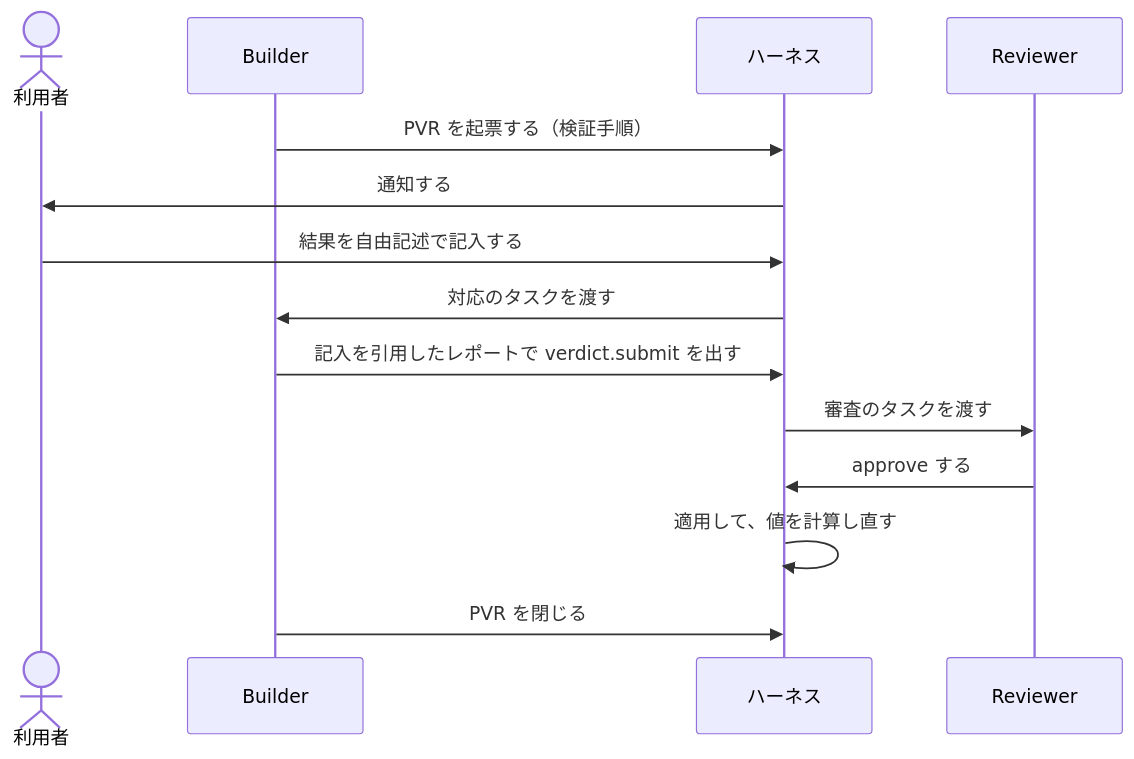
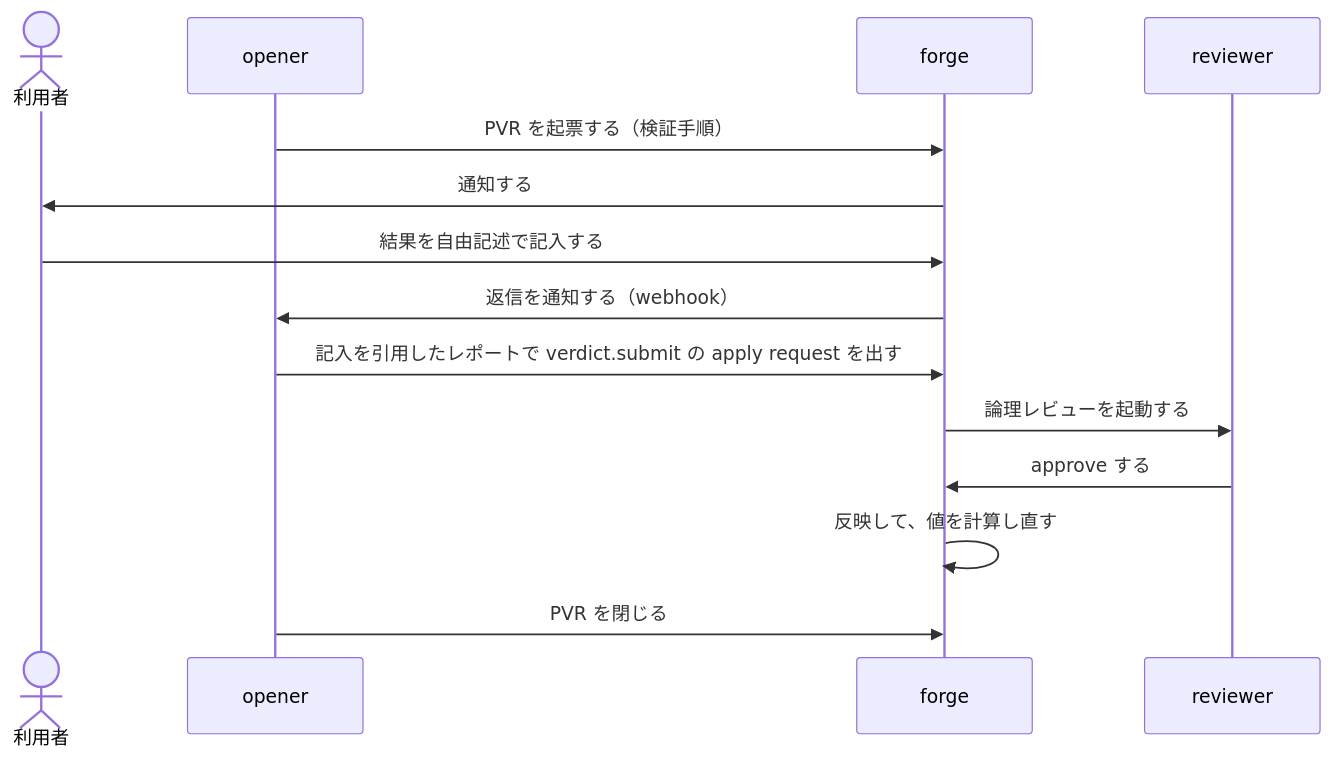
One commit to yamambainc/logiforge changed the diagram in docs/threads/README.md. Above: the diagram before and after it, drawn with Mermaid. The commit also changed other lines of this file and 27 other files, not shown here.

````diff
--- a/docs/threads/README.md
+++ b/docs/threads/README.md
@@ -45,16 +45,16 @@
 ```mermaid
 sequenceDiagram
   actor U as 利用者
-  participant B as Builder
-  participant H as ハーネス
-  participant R as Reviewer
-  B->>H: PVR を起票する（検証手順）
+  participant O as opener
+  participant H as forge
+  participant R as reviewer
+  O->>H: PVR を起票する（検証手順）
   H->>U: 通知する
   U->>H: 結果を自由記述で記入する
-  H->>B: 対応のタスクを渡す
-  B->>H: 記入を引用したレポートで verdict.submit を出す
-  H->>R: 審査のタスクを渡す
+  H->>O: 返信を通知する（webhook）
+  O->>H: 記入を引用したレポートで verdict.submit の apply request を出す
+  H->>R: 論理レビューを起動する
   R->>H: approve する
-  H->>H: 適用して、値を計算し直す
-  B->>H: PVR を閉じる
+  H->>H: 反映して、値を計算し直す
+  O->>H: PVR を閉じる
 ```
````
